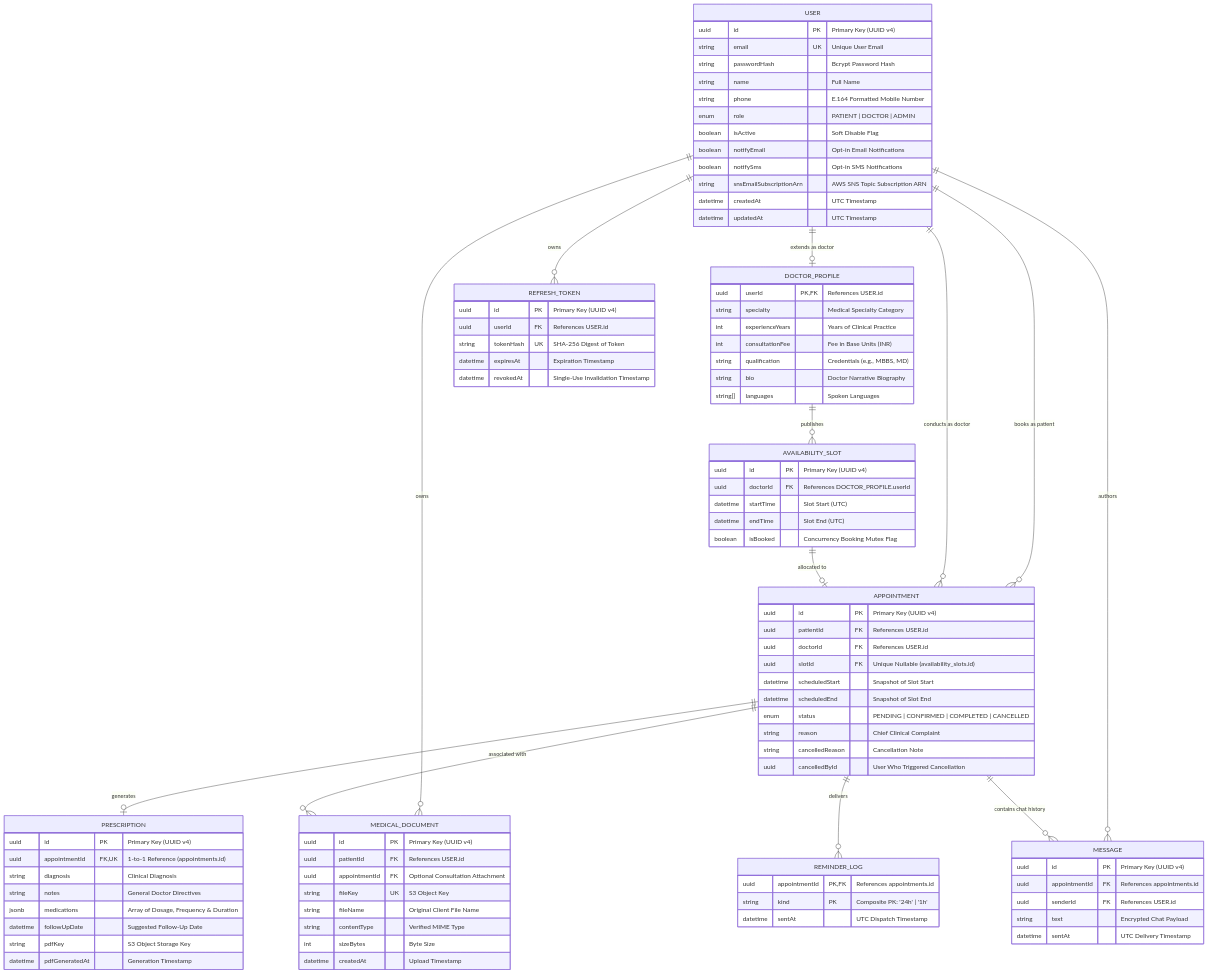
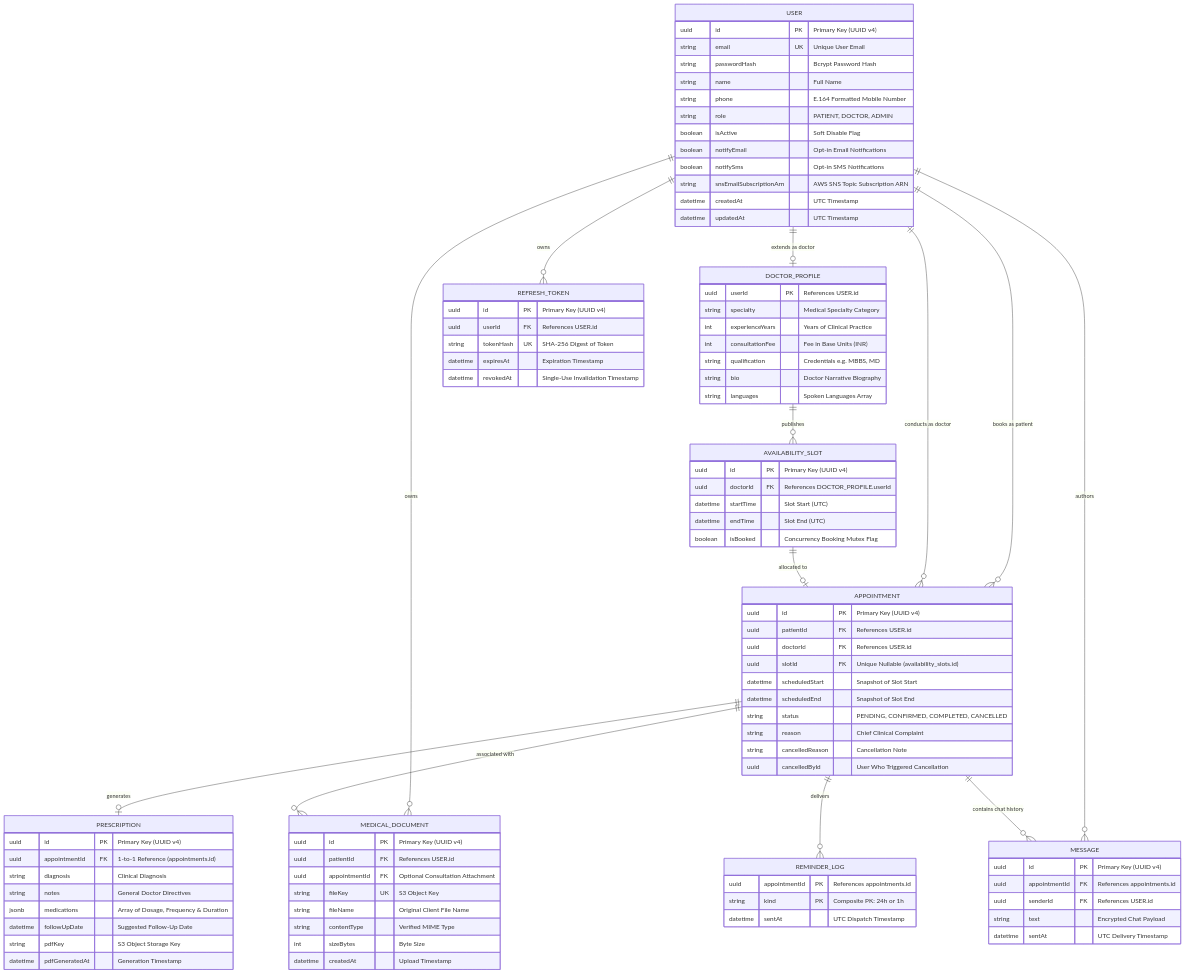
The ninth of 10 diagrams in README.md (CloudProject-007/telemedicine), drawn with Mermaid before and after one commit. The commit also changed other lines of this file, not shown here.

```diff
--- a/README.md
+++ b/README.md
@@ -445,7 +469,7 @@
         string passwordHash "Bcrypt Password Hash"
         string name "Full Name"
         string phone "E.164 Formatted Mobile Number"
-        enum role "PATIENT | DOCTOR | ADMIN"
+        string role "PATIENT, DOCTOR, ADMIN"
         boolean isActive "Soft Disable Flag"
         boolean notifyEmail "Opt-in Email Notifications"
         boolean notifySms "Opt-in SMS Notifications"
@@ -455,13 +479,13 @@
     }
 
     DOCTOR_PROFILE {
-        uuid userId PK,FK "References USER.id"
+        uuid userId PK "References USER.id"
         string specialty "Medical Specialty Category"
         int experienceYears "Years of Clinical Practice"
         int consultationFee "Fee in Base Units (INR)"
-        string qualification "Credentials (e.g., MBBS, MD)"
+        string qualification "Credentials e.g. MBBS, MD"
         string bio "Doctor Narrative Biography"
-        string[] languages "Spoken Languages"
+        string languages "Spoken Languages Array"
     }
 
     AVAILABILITY_SLOT {
@@ -479,7 +503,7 @@
         uuid slotId FK "Unique Nullable (availability_slots.id)"
         datetime scheduledStart "Snapshot of Slot Start"
         datetime scheduledEnd "Snapshot of Slot End"
-        enum status "PENDING | CONFIRMED | COMPLETED | CANCELLED"
+        string status "PENDING, CONFIRMED, COMPLETED, CANCELLED"
         string reason "Chief Clinical Complaint"
         string cancelledReason "Cancellation Note"
         uuid cancelledById "User Who Triggered Cancellation"
@@ -487,7 +511,7 @@
 
     PRESCRIPTION {
         uuid id PK "Primary Key (UUID v4)"
-        uuid appointmentId FK,UK "1-to-1 Reference (appointments.id)"
+        uuid appointmentId FK "1-to-1 Reference (appointments.id)"
         string diagnosis "Clinical Diagnosis"
         string notes "General Doctor Directives"
         jsonb medications "Array of Dosage, Frequency & Duration"
@@ -497,8 +521,8 @@
     }
 
     REMINDER_LOG {
-        uuid appointmentId PK,FK "References appointments.id"
-        string kind PK "Composite PK: '24h' | '1h'"
+        uuid appointmentId PK "References appointments.id"
+        string kind PK "Composite PK: 24h or 1h"
         datetime sentAt "UTC Dispatch Timestamp"
     }
 
```
